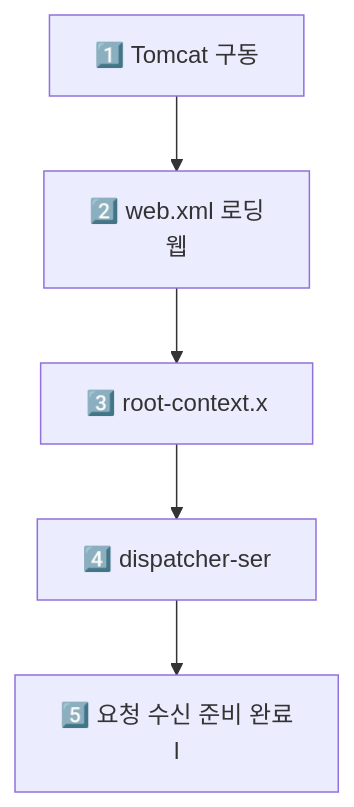
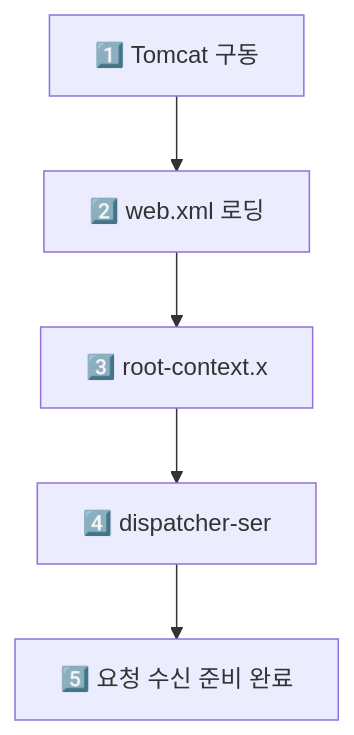
Before and after one commit to yjkim2015/yjkim2015.github.io: the second of 5 diagrams in _posts/spring/2020-08-10-스프링 동작 구조.md, drawn with Mermaid. The commit also changed 217 other files, not shown here.

First line of the commit message:
Mermaid 크기 수정: useMaxWidth:true + SVG max-width:100% + 라벨 축소

````diff
--- a/_posts/spring/2020-08-10-스프링 동작 구조.md
+++ b/_posts/spring/2020-08-10-스프링 동작 구조.md
@@ -40,9 +40,9 @@
 ```mermaid
 graph TD
     START["1️⃣ Tomcat 구동"]
-    WEBXML["2️⃣ web.xml 로딩\n웹"]
+    WEBXML["2️⃣ web.xml 로딩"]
     ROOT["3️⃣ root-context.x"]
     SERVLET["4️⃣ dispatcher-ser"]
-    READY["5️⃣ 요청 수신 준비 완료\nl"]
+    READY["5️⃣ 요청 수신 준비 완료"]
     START --> WEBXML --> ROOT --> SERVLET --> READY
 ```
````
